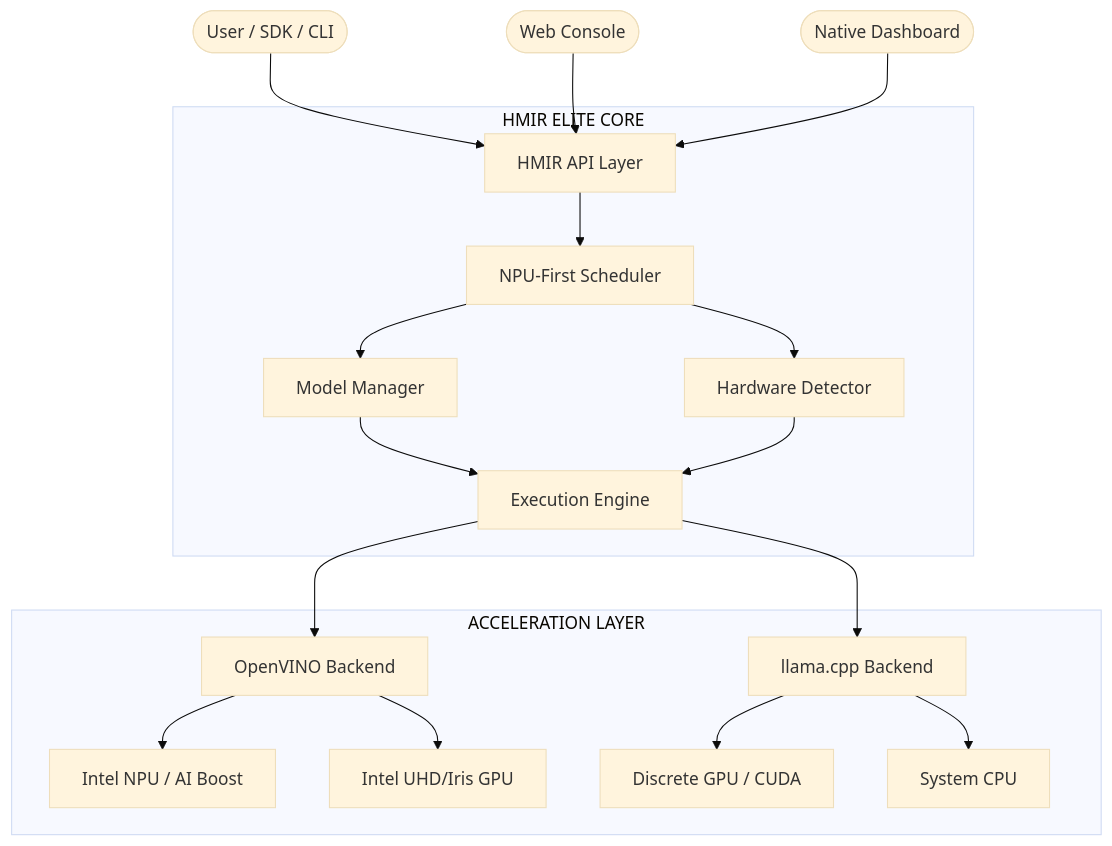
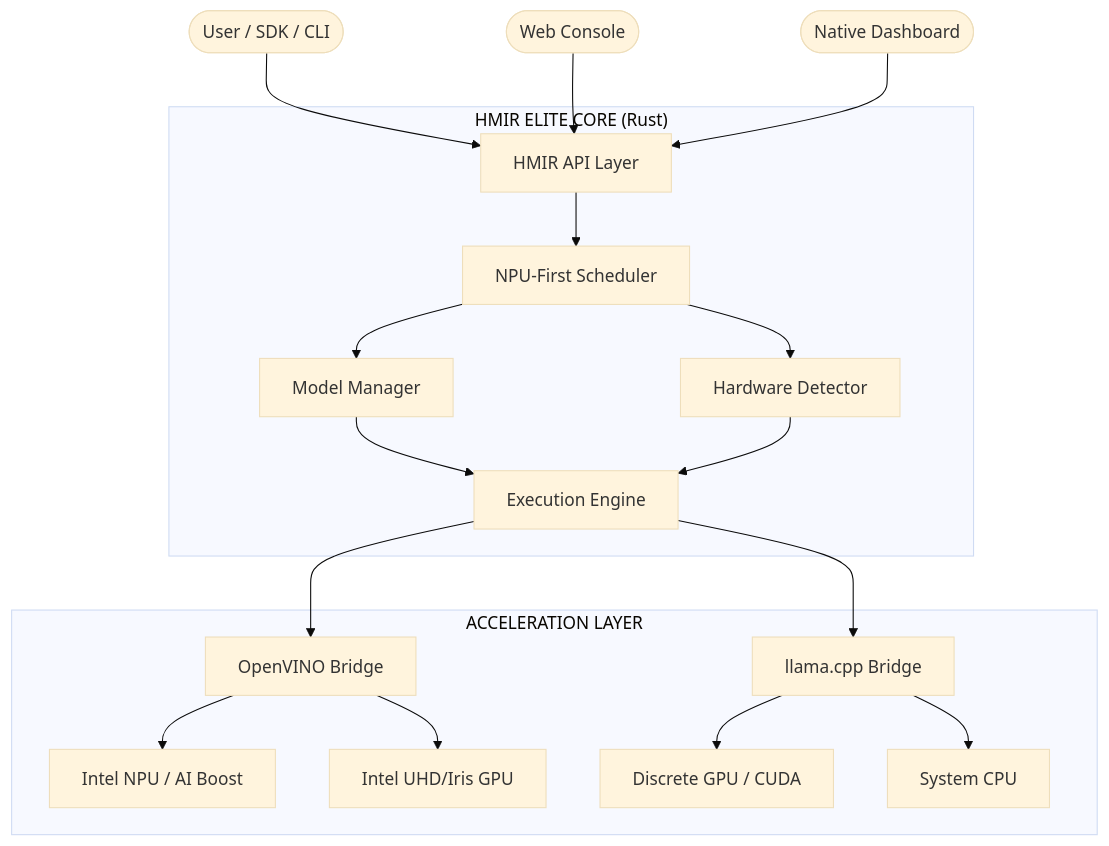
One commit to bhattkunalb/AIOE changed the diagram in README.md. Above: the diagram before and after it, drawn with Mermaid (base theme). The commit also changed other lines of this file and 1 other file, not shown here.

````diff
--- a/README.md
+++ b/README.md
@@ -113,21 +153,21 @@
 ```mermaid
 graph TD
     User([User / SDK / CLI]) --> API[HMIR API Layer]
     Browser([Web Console]) --> API
     Dashboard([Native Dashboard]) --> API
-    subgraph Core ["HMIR ELITE CORE"]
+    subgraph Core ["HMIR ELITE CORE (Rust)"]
         API --> Sched[NPU-First Scheduler]
         Sched --> MM[Model Manager]
         Sched --> Det[Hardware Detector]
         MM --> Engine[Execution Engine]
         Det --> Engine
     end
     subgraph Backends ["ACCELERATION LAYER"]
-        Engine --> OV[OpenVINO Backend]
-        Engine --> LCPP[llama.cpp Backend]
+        Engine --> OV[OpenVINO Bridge]
+        Engine --> LCPP[llama.cpp Bridge]
         OV --> NPU[Intel NPU / AI Boost]
         OV --> iGPU[Intel UHD/Iris GPU]
         LCPP --> dGPU[Discrete GPU / CUDA]
         LCPP --> CPU[System CPU]
     end
 ```
````
